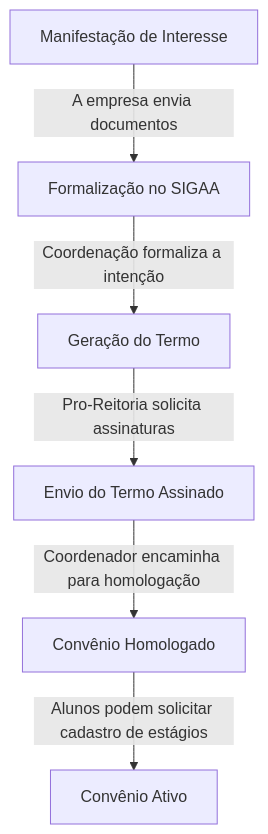
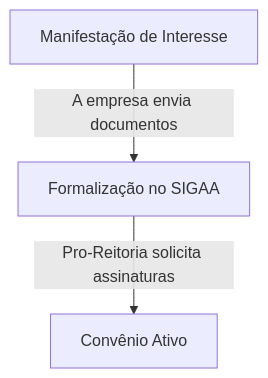
Before and after one commit to ccufcg/ce: the diagram in procedimentos/novo_convenio.md, drawn with Mermaid. The commit also changed other lines of this file and 1 other file, not shown here.

````diff
--- a/procedimentos/novo_convenio.md
+++ b/procedimentos/novo_convenio.md
@@ -26,8 +24,5 @@
 ```mermaid
 flowchart TD
     A[Manifestação de Interesse] -->|A empresa envia documentos| B[Formalização no SIGAA]
-    B -->|Coordenação formaliza a intenção| C[Geração do Termo]
-    C -->|Pro-Reitoria solicita assinaturas| D[Envio do Termo Assinado]
-    D -->|Coordenador encaminha para homologação| E[Convênio Homologado]
-    E -->|Alunos podem solicitar cadastro de estágios| F[Convênio Ativo]
+    B -->|Pro-Reitoria solicita assinaturas| F[Convênio Ativo]
 ```
````
